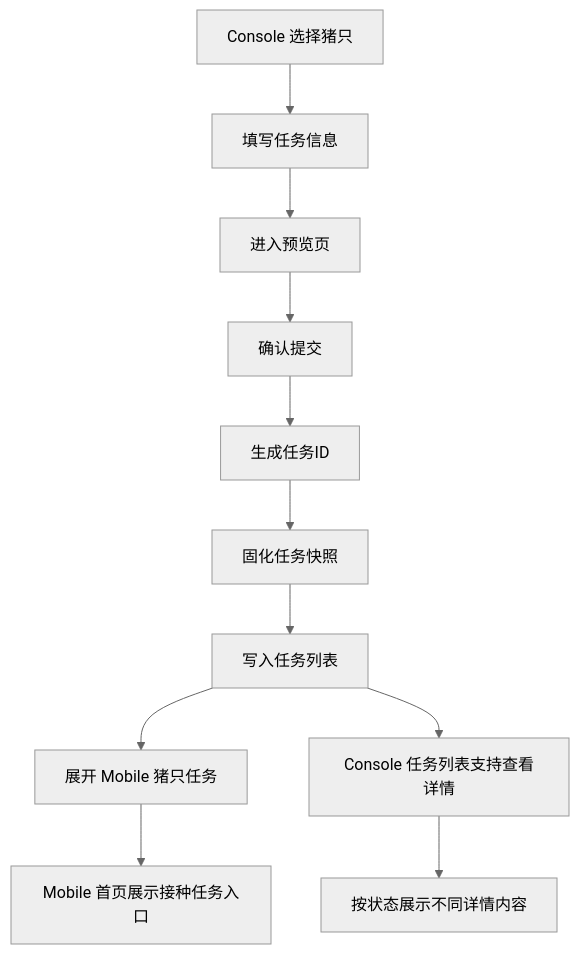
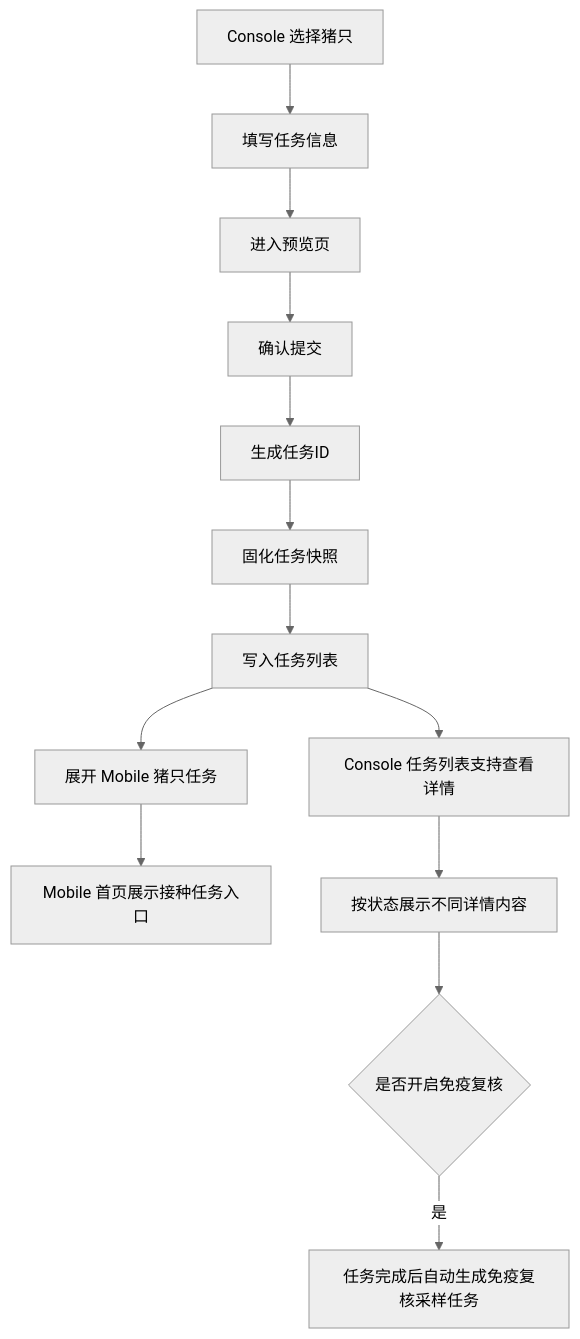
The first of 2 diagrams in prds/vaccine prd/04-疫苗任务.md (91Dhua/Vaccine), drawn with Mermaid (neutral theme) before and after one commit. The commit also changed other lines of this file and 21 other files, not shown here.

Commit message:
Add review sampling flow and refine task detail navigation

````diff
--- a/prds/vaccine prd/04-疫苗任务.md
+++ b/prds/vaccine prd/04-疫苗任务.md
@@ -31,13 +32,15 @@
 ```mermaid
 flowchart TD
   A[Console 选择猪只] --> B[填写任务信息]
   B --> C[进入预览页]
   C --> D[确认提交]
   D --> E[生成任务ID]
   E --> F[固化任务快照]
   F --> G[写入任务列表]
   G --> H[展开 Mobile 猪只任务]
   H --> I[Mobile 首页展示接种任务入口]
   G --> J[Console 任务列表支持查看详情]
   J --> K[按状态展示不同详情内容]
+  K --> L{是否开启免疫复核}
+  L -->|是| M[任务完成后自动生成免疫复核采样任务]
 ```
````
